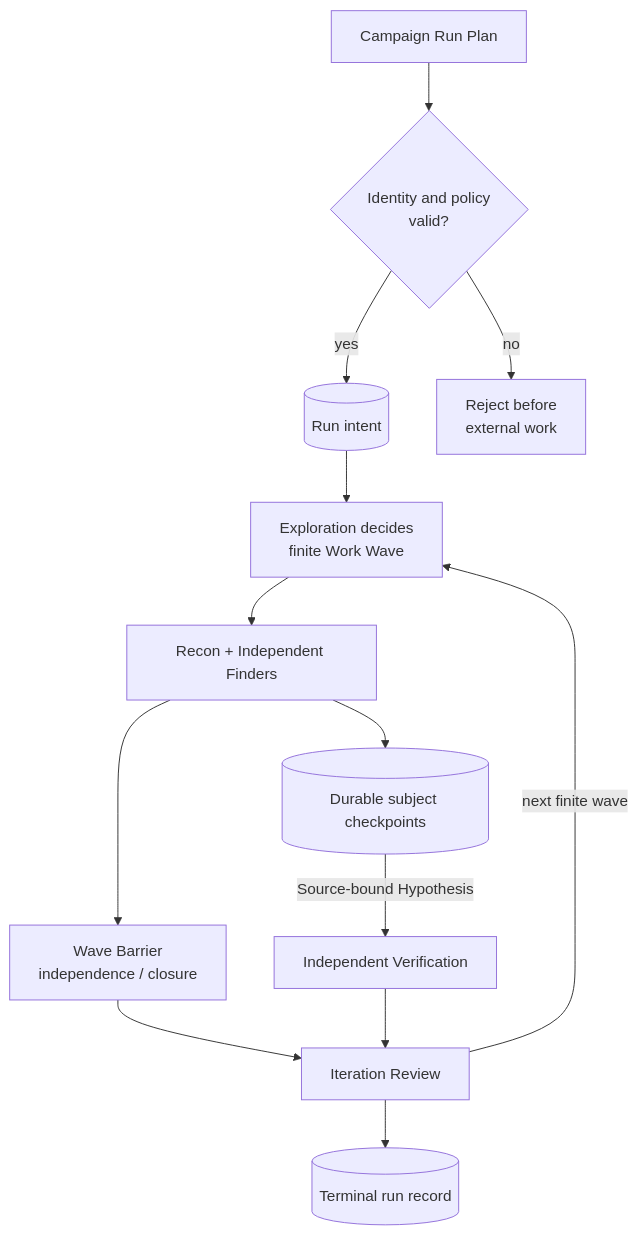
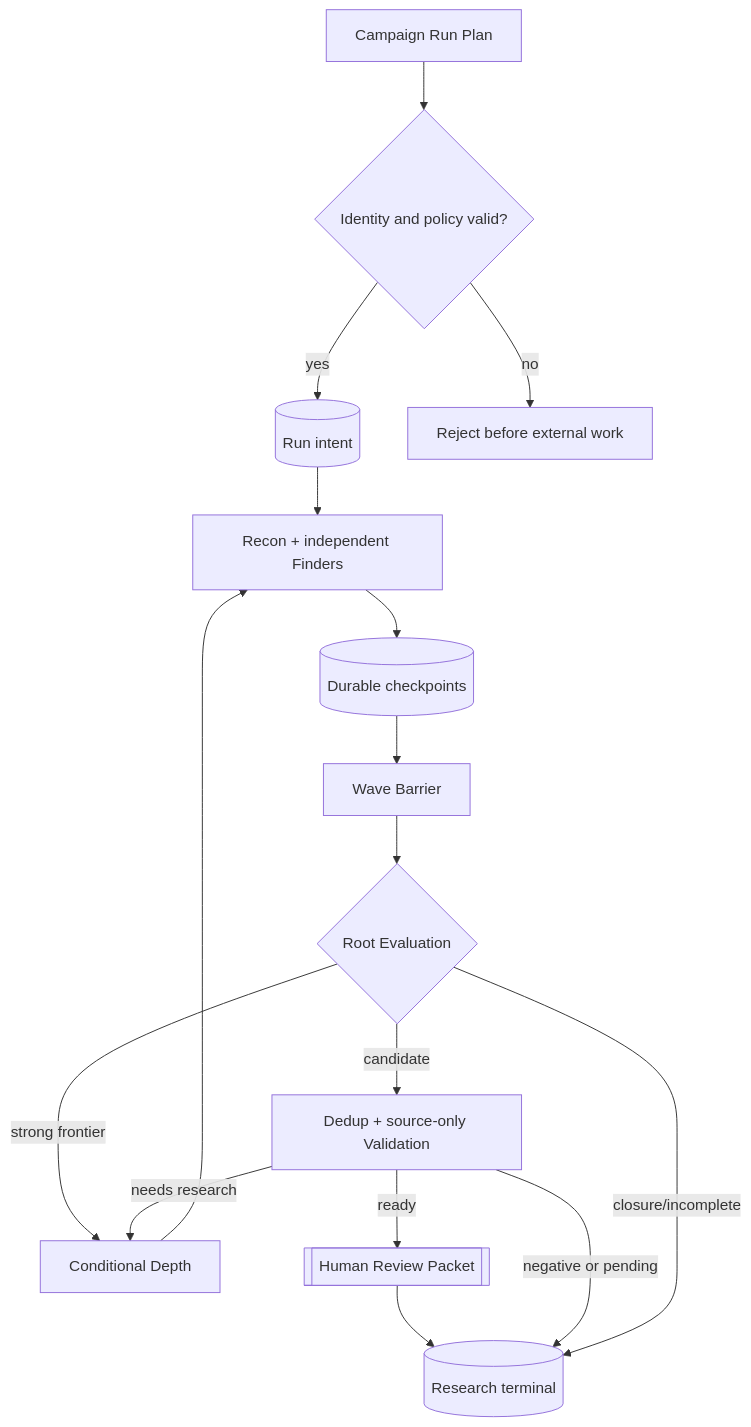
Before and after one commit to momoponwork1415-lgtm/wordpress-harness: the first of 2 diagrams in docs/design/campaign-execution-seam.md, drawn with Mermaid. The commit also changed other lines of this file and 25 other files, not shown here.

Commit message:
Define source validation and human verification

````diff
--- a/docs/design/campaign-execution-seam.md
+++ b/docs/design/campaign-execution-seam.md
@@ -31,23 +38,25 @@
 ```mermaid
 flowchart TB
     plan["Campaign Run Plan"]
-    validate{"Identity and policy<br/>valid?"}
+    integrity{"Identity and policy valid?"}
     intent[("Run intent")]
-    explore["Exploration decides<br/>finite Work Wave"]
-    attempts["Recon + Independent Finders"]
-    checkpoints[("Durable subject checkpoints")]
-    barrier["Wave Barrier<br/>independence / closure"]
-    verify["Independent Verification"]
-    review["Iteration Review"]
-    terminal[("Terminal run record")]
-    reject["Reject before<br/>external work"]
+    wave["Recon + independent Finders"]
+    checkpoints[("Durable checkpoints")]
+    barrier["Wave Barrier"]
+    evaluation{"Root Evaluation"}
+    depth["Conditional Depth"]
+    validation["Dedup + source-only Validation"]
+    packet[["Human Review Packet"]]
+    terminal[("Research terminal")]
+    reject["Reject before external work"]
 
-    plan --> validate
-    validate -->|"no"| reject
-    validate -->|"yes"| intent --> explore --> attempts
-    attempts --> checkpoints
-    checkpoints -->|"Source-bound Hypothesis"| verify
-    attempts --> barrier --> review --> terminal
-    verify --> review
-    review -->|"next finite wave"| explore
+    plan --> integrity
+    integrity -->|"no"| reject
+    integrity -->|"yes"| intent --> wave --> checkpoints --> barrier --> evaluation
+    evaluation -->|"strong frontier"| depth --> wave
+    evaluation -->|"candidate"| validation
+    validation -->|"needs research"| depth
+    validation -->|"ready"| packet --> terminal
+    validation -->|"negative or pending"| terminal
+    evaluation -->|"closure/incomplete"| terminal
 ```
````
